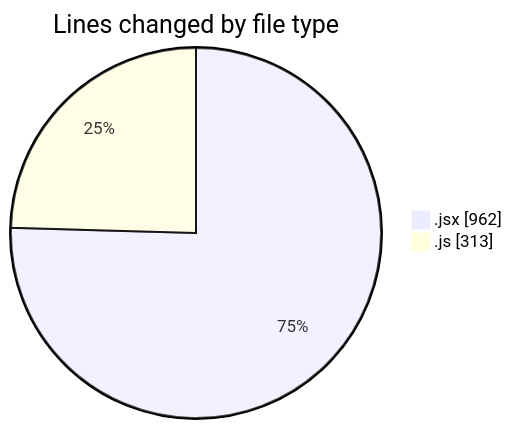
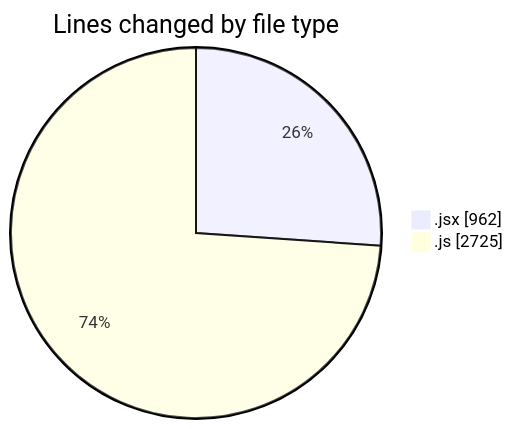
The first of 2 diagrams in 2025-11-07/nxtqube_webapp/README.md (nxtqubesakshisongat/code-tracking), drawn with Mermaid before and after one commit. The commit also changed other lines of this file and 1 other file, not shown here.

````diff
--- a/2025-11-07/nxtqube_webapp/README.md
+++ b/2025-11-07/nxtqube_webapp/README.md
@@ -22,6 +24,6 @@
 ```mermaid
 pie showData
 title Lines changed by file type
 ".jsx" : 962
-".js" : 313
+".js" : 2725
 ```
````
